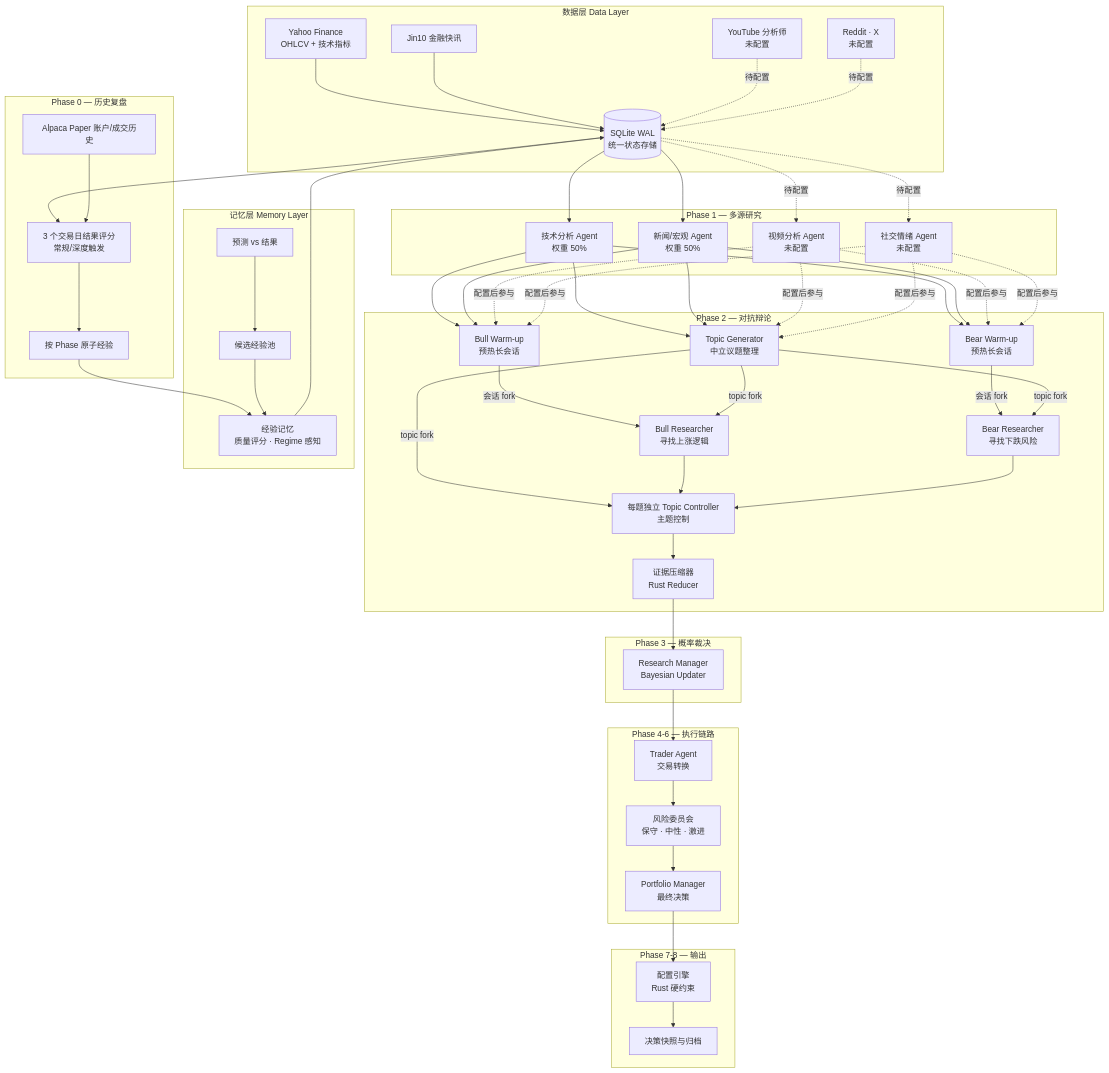
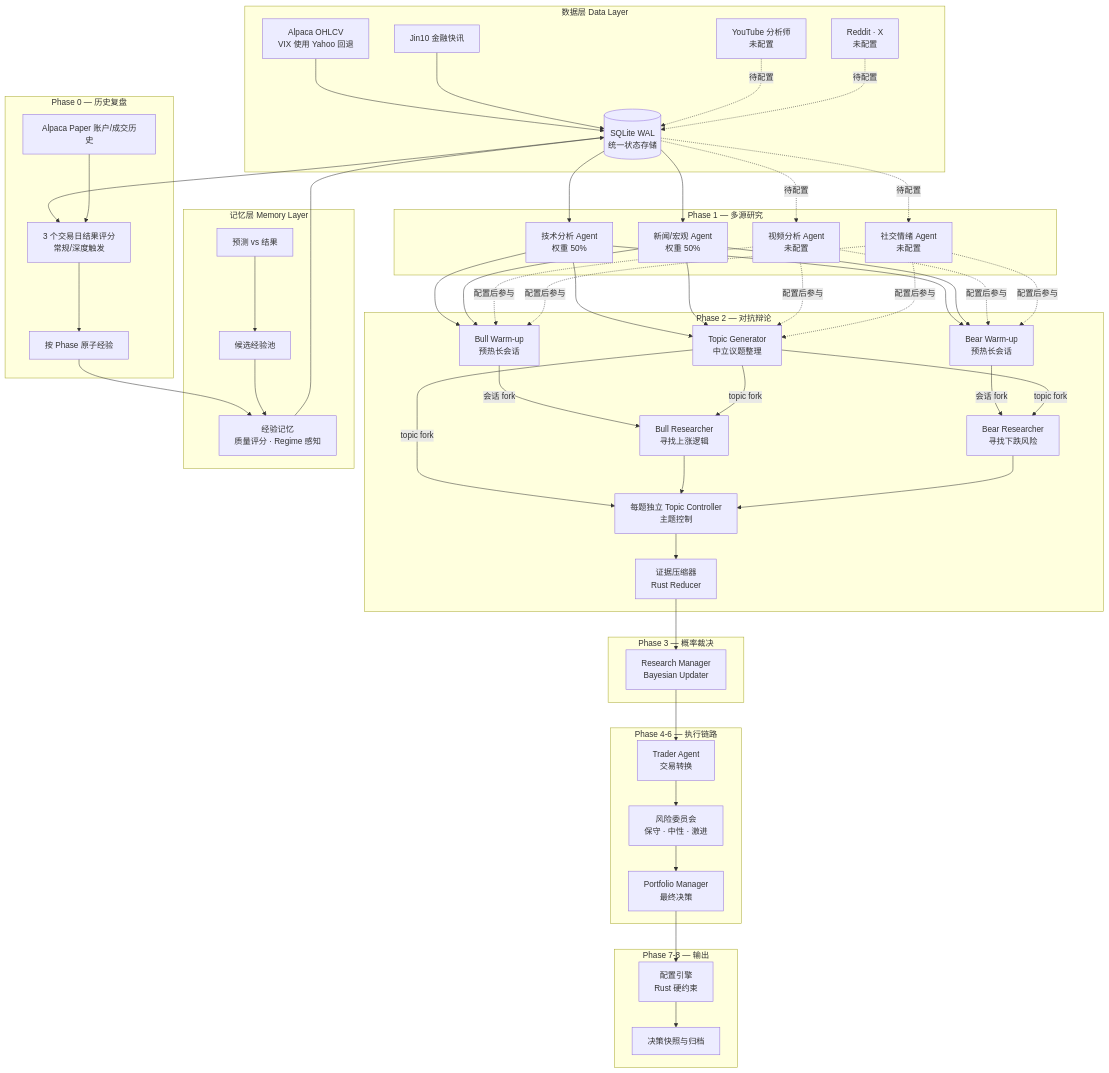
Before and after one commit to alixeu/akzio-signal-intelligence: the diagram in README.md, drawn with Mermaid. The commit also changed other lines of this file and 13 other files, not shown here.

````diff
--- a/README.md
+++ b/README.md
@@ -21,81 +21,81 @@
 ```mermaid
 graph TD
     subgraph "数据层 Data Layer"
-        YAHOO[Yahoo Finance<br/>OHLCV + 技术指标]
+        MARKET[Alpaca OHLCV<br/>VIX 使用 Yahoo 回退]
         JIN10[Jin10 金融快讯]
         YT[YouTube 分析师<br/>未配置]
         SOCIAL[Reddit · X<br/>未配置]
         SQL[(SQLite WAL<br/>统一状态存储)]
     end
 
     subgraph "Phase 1 — 多源研究"
         TA[技术分析 Agent<br/>权重 50%]
         NA[新闻/宏观 Agent<br/>权重 50%]
         YA[视频分析 Agent<br/>未配置]
         SA[社交情绪 Agent<br/>未配置]
     end
 
     subgraph "Phase 0 — 历史复盘"
         HIST[Alpaca Paper 账户/成交历史]
         SCORE[3 个交易日结果评分<br/>常规/深度触发]
         EXP[按 Phase 原子经验]
     end
 
     subgraph "Phase 2 — 对抗辩论"
         TG[Topic Generator<br/>中立议题整理]
         BW[Bull Warm-up<br/>预热长会话]
         BEW[Bear Warm-up<br/>预热长会话]
         BULL[Bull Researcher<br/>寻找上涨逻辑]
         BEAR[Bear Researcher<br/>寻找下跌风险]
         TC[每题独立 Topic Controller<br/>主题控制]
         RED[证据压缩器<br/>Rust Reducer]
     end
 
     subgraph "Phase 3 — 概率裁决"
         RM[Research Manager<br/>Bayesian Updater]
     end
 
     subgraph "Phase 4-6 — 执行链路"
         TR[Trader Agent<br/>交易转换]
         RISK[风险委员会<br/>保守 · 中性 · 激进]
         PM[Portfolio Manager<br/>最终决策]
     end
 
     subgraph "Phase 7-8 — 输出"
         ALLOC[配置引擎<br/>Rust 硬约束]
         REF[决策快照与归档]
     end
 
     subgraph "记忆层 Memory Layer"
         MEM[经验记忆<br/>质量评分 · Regime 感知]
         CAND[候选经验池]
         OUT[预测 vs 结果]
     end
 
-    YAHOO --> SQL
+    MARKET --> SQL
     JIN10 --> SQL
     SQL --> SCORE
     HIST --> SCORE
     SCORE --> EXP
     EXP --> MEM
     YT -. 待配置 .-> SQL
     SOCIAL -. 待配置 .-> SQL
     SQL --> TA & NA
     SQL -. 待配置 .-> YA & SA
     TA & NA --> TG & BW & BEW
     YA & SA -. 配置后参与 .-> TG & BW & BEW
     BW -->|会话 fork| BULL
     BEW -->|会话 fork| BEAR
     TG -->|topic fork| BULL & BEAR & TC
     BULL & BEAR --> TC
     TC --> RED
     RED --> RM
     RM --> TR
     TR --> RISK
     RISK --> PM
     PM --> ALLOC
     ALLOC --> REF
     OUT --> CAND
     CAND --> MEM
     MEM --> SQL
 ```
````
